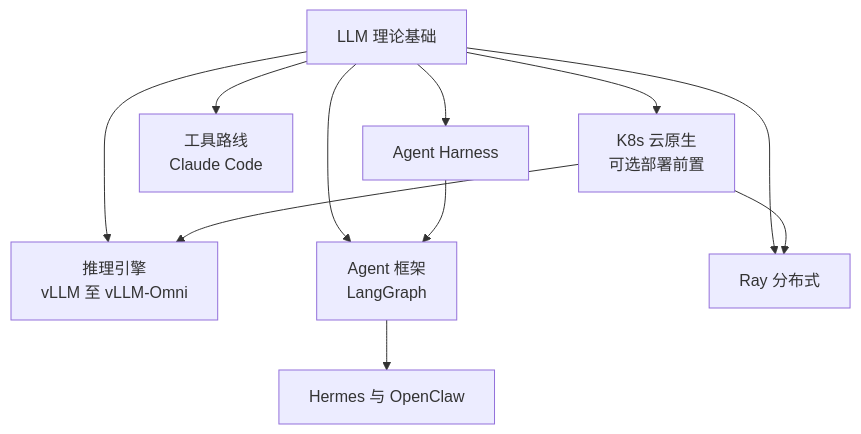
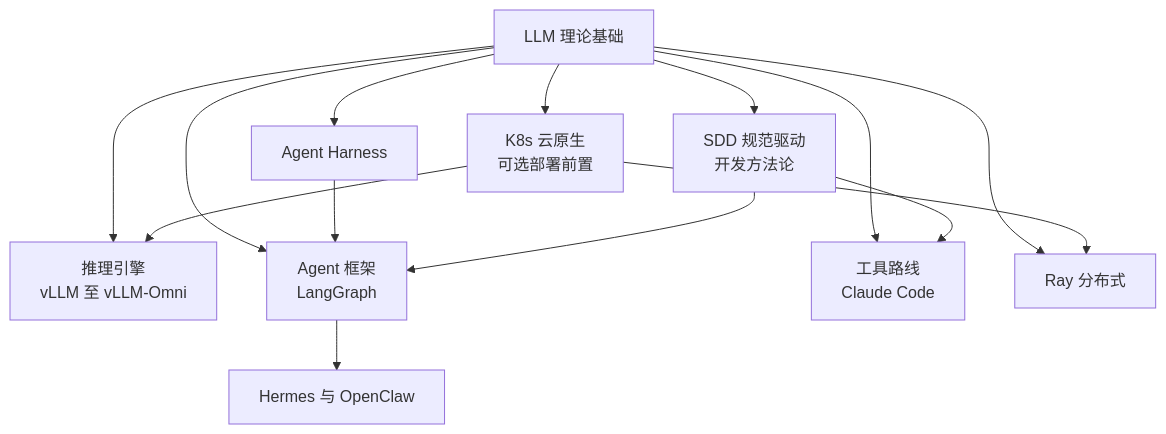
One commit to keyuanweb/ai-learning-path changed the second of 2 diagrams in README.md. Above: the diagram before and after it, drawn with Mermaid. The commit also changed other lines of this file and 31 other files, not shown here.

````diff
--- a/README.md
+++ b/README.md
@@ -209,14 +229,17 @@
 ```mermaid
 flowchart TD
   base[LLM 理论基础]
   base --> eng["推理引擎<br/>vLLM 至 vLLM-Omni"]
   base --> harnessNode[Agent Harness]
   base --> agentNode["Agent 框架<br/>LangGraph"]
   base --> toolNode["工具路线<br/>Claude Code"]
   base --> k8sNode["K8s 云原生<br/>可选部署前置"]
   base --> rayNode[Ray 分布式]
+  base --> sddNode["SDD 规范驱动<br/>开发方法论"]
   harnessNode --> agentNode
   agentNode --> implNode["Hermes 与 OpenClaw"]
   k8sNode --> rayNode
   k8sNode --> eng
+  sddNode --> agentNode
+  sddNode --> toolNode
 ```
````
